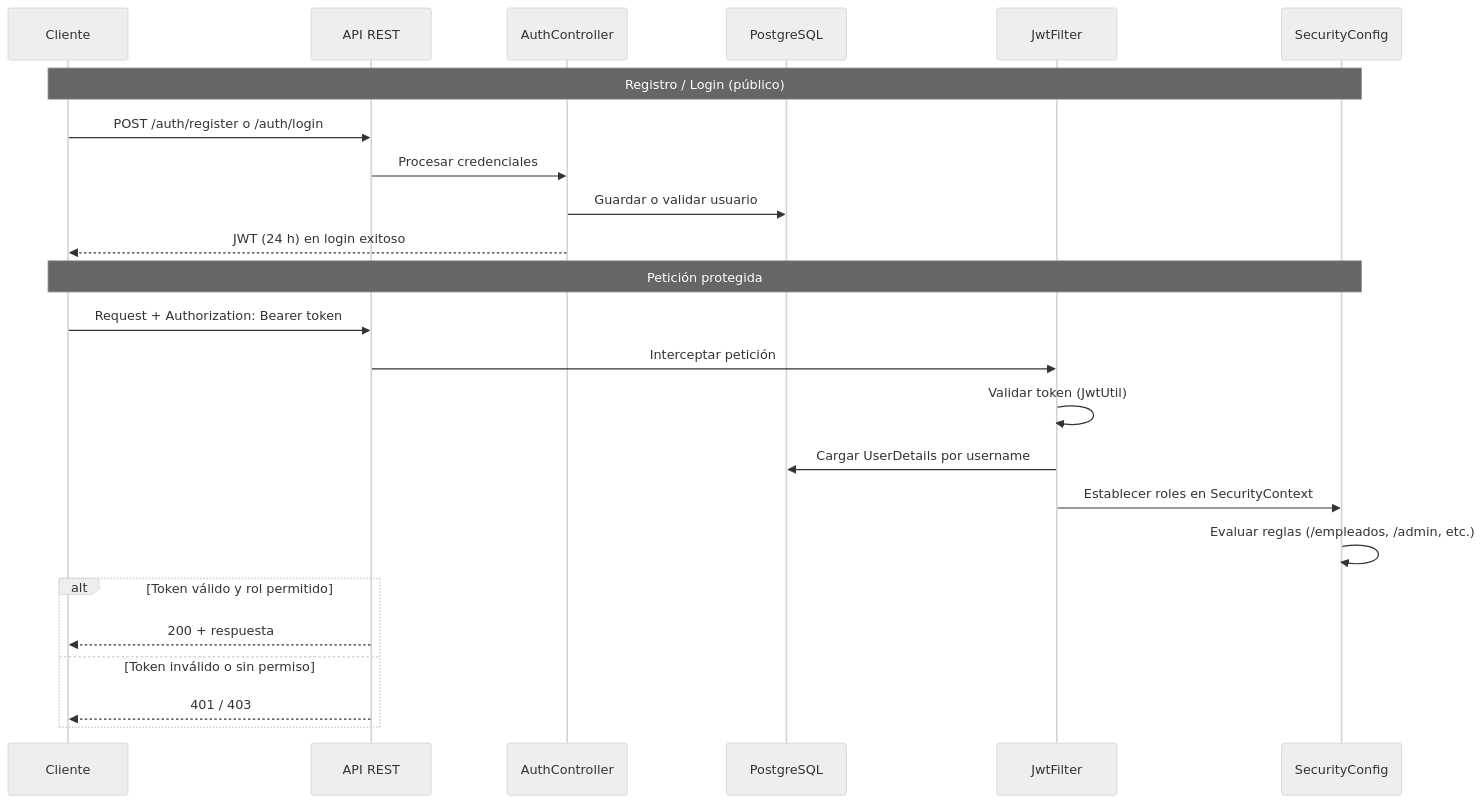
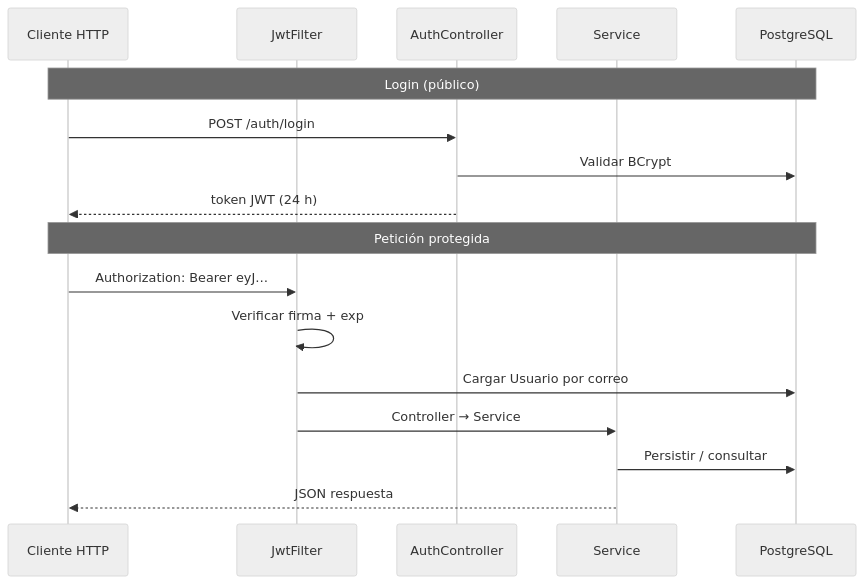
Before and after one commit to EnithV/stylefactory-backend: the diagram in README.md, drawn with Mermaid (neutral theme). The commit also changed other lines of this file, not shown here.

Commit message:
Actualizar README con endpoints, seguridad JWT, arquitectura y despliegue en Render.

````diff
--- a/README.md
+++ b/README.md
@@ -137,28 +511,21 @@
 ```mermaid
 sequenceDiagram
-    participant C as Cliente
-    participant API as API REST
-    participant Auth as AuthController
+    participant C as Cliente HTTP
+    participant F as JwtFilter
+    participant A as AuthController
+    participant S as Service
     participant DB as PostgreSQL
-    participant Filter as JwtFilter
-    participant Sec as SecurityConfig
 
-    Note over C,Sec: Registro / Login (público)
-    C->>API: POST /auth/register o /auth/login
-    API->>Auth: Procesar credenciales
-    Auth->>DB: Guardar o validar usuario
-    Auth-->>C: JWT (24 h) en login exitoso
+    Note over C,DB: Login (público)
+    C->>A: POST /auth/login
+    A->>DB: Validar BCrypt
+    A-->>C: token JWT (24 h)
 
-    Note over C,Sec: Petición protegida
-    C->>API: Request + Authorization: Bearer token
-    API->>Filter: Interceptar petición
-    Filter->>Filter: Validar token (JwtUtil)
-    Filter->>DB: Cargar UserDetails por username
-    Filter->>Sec: Establecer roles en SecurityContext
-    Sec->>Sec: Evaluar reglas (/empleados, /admin, etc.)
-    alt Token válido y rol permitido
-        API-->>C: 200 + respuesta
-    else Token inválido o sin permiso
-        API-->>C: 401 / 403
-    end
+    Note over C,DB: Petición protegida
+    C->>F: Authorization: Bearer eyJ…
+    F->>F: Verificar firma + exp
+    F->>DB: Cargar Usuario por correo
+    F->>S: Controller → Service
+    S->>DB: Persistir / consultar
+    S-->>C: JSON respuesta
 ```
````
